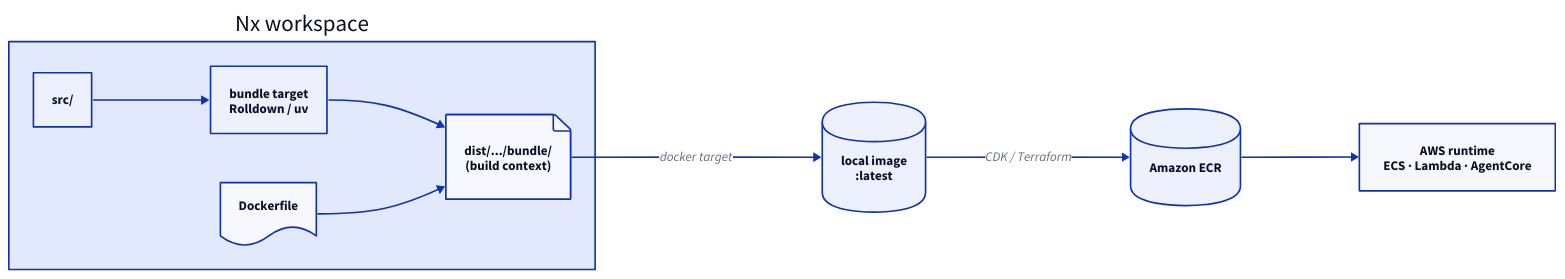
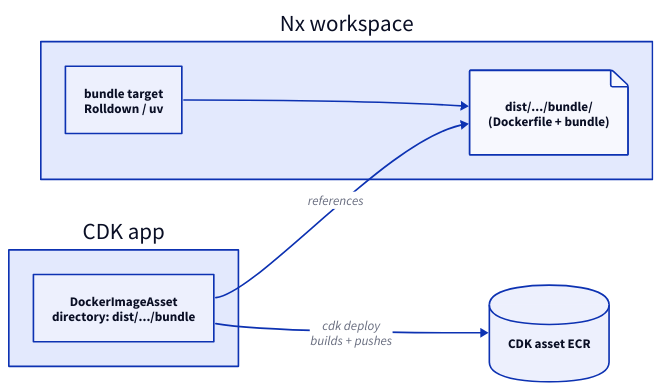
Before and after one commit to awslabs/nx-plugin-for-aws: the second of 3 diagrams in docs/src/content/docs/en/guides/docker-bundling.mdx, drawn with D2. The commit also changed other lines of this file, not shown here.

First line of the commit message:
docs(docker-bundling): scope pattern diagram to Nx, add per-IaC diagrams

````diff
--- a/docs/src/content/docs/en/guides/docker-bundling.mdx
+++ b/docs/src/content/docs/en/guides/docker-bundling.mdx
@@ -15,31 +260,22 @@
 ```d2
 direction: right
 
 nx: Nx workspace {
-  src: src/
-  dockerfile: Dockerfile {
-    shape: document
-  }
   bundle: "bundle target\nRolldown / uv"
-  ctx: "dist/.../bundle/\n(build context)" {
+  ctx: "dist/.../bundle/\n(Dockerfile + bundle)" {
     shape: page
   }
-
-  src -> bundle -> ctx
-  dockerfile -> ctx
+  bundle -> ctx
 }
 
-img: "local image\n:latest" {
+cdk: CDK app {
+  asset: "DockerImageAsset\ndirectory: dist/.../bundle"
+}
+
+ecr: "CDK asset ECR" {
   shape: cylinder
 }
 
-ecr: Amazon ECR {
-  shape: cylinder
-}
-
-aws: "AWS runtime\nECS · Lambda · AgentCore"
-
-nx.ctx -> img: docker target
-img -> ecr: CDK / Terraform
-ecr -> aws
+cdk.asset -> nx.ctx: references
+cdk.asset -> ecr: cdk deploy\nbuilds + pushes
 ```
````
